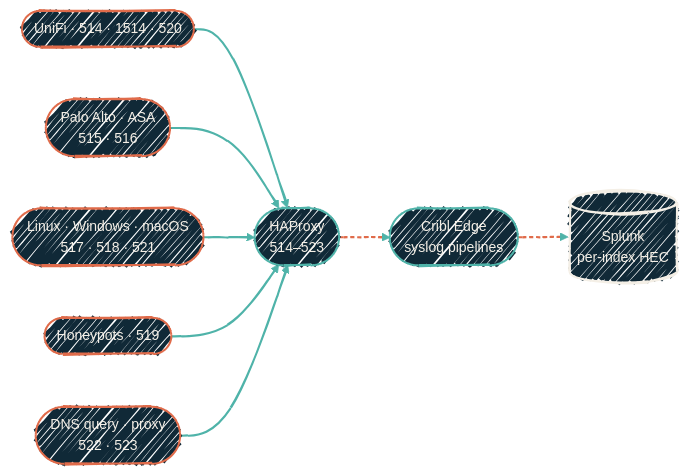
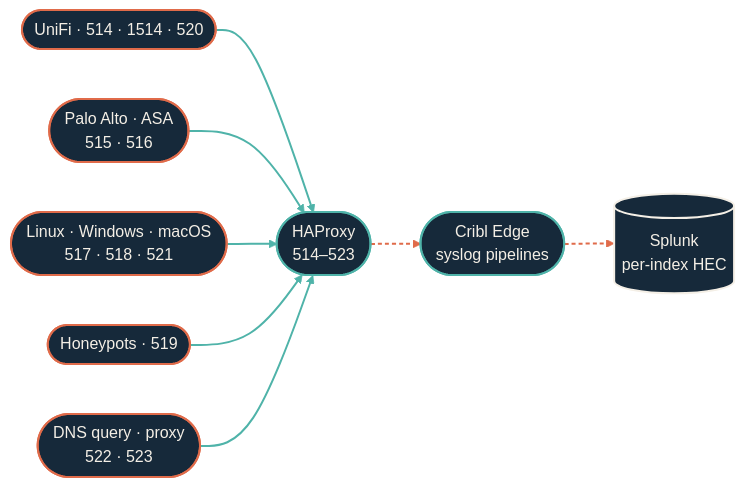
One commit to dryvist/docs changed the second of 8 diagrams in observability/pipeline-flows.mdx. Above: the diagram before and after it, drawn with Mermaid. The commit also changed other lines of this file and 116 other files, not shown here.

````diff
--- a/observability/pipeline-flows.mdx
+++ b/observability/pipeline-flows.mdx
@@ -85,35 +87,38 @@
 ```mermaid
-%%{init:
-  {'theme':'base','look':'handDrawn','themeVariables':{'fontFamily':'Geist','fontSize':'14px','primaryColor':'#102937','primaryTextColor':'#F4EFE6','primaryBorderColor':'#4FB3A9','lineColor':'#4FB3A9','secondaryColor':'#0B1D2A','tertiaryColor':'#1A2A38','clusterBkg':'rgba(79,179,169,0.08)','clusterBorder':'#4FB3A9'}}}%%
-  flowchart LR
+%%{init: {"theme":"base","look":"handDrawn","themeVariables":{"primaryColor":"#123a36","primaryTextColor":"#f4efe6","primaryBorderColor":"#4fb3a9","lineColor":"#4fb3a9","secondaryColor":"#0b1d2a","tertiaryColor":"#16293a","clusterBkg":"#08151f","clusterBorder":"#4fb3a9","fontFamily":"'Geist Sans', system-ui, -apple-system, BlinkMacSystemFont, 'Segoe UI', Roboto, sans-serif","fontSize":"14px"}}}%%
+flowchart LR
+  classDef src fill:#16293a,stroke:#e06b4a,stroke-width:2px,color:#f4efe6;
+  classDef ai fill:#16293a,stroke:#e06b4a,stroke-width:2px,color:#f4efe6;
+  classDef gate fill:#16293a,stroke:#e06b4a,stroke-width:2.5px,color:#f4efe6;
+  classDef hop fill:#16293a,stroke:#4fb3a9,stroke-width:2px,color:#f4efe6;
+  classDef host fill:#16293a,stroke:#4fb3a9,stroke-width:2px,color:#f4efe6;
+  classDef sink fill:#16293a,stroke:#f4efe6,stroke-width:2px,color:#f4efe6;
+  classDef auto fill:#16293a,stroke:#f4efe6,stroke-width:1.5px,color:#f4efe6;
+  classDef external fill:#16293a,stroke:#e6b35a,stroke-width:2px,color:#f4efe6;
   U([UniFi · 514 · 1514 · 520])
   FW([Palo Alto · ASA<br/>515 · 516])
   OS([Linux · Windows · macOS<br/>517 · 518 · 521])
   HP([Honeypots · 519])
   DQ([DNS query · proxy<br/>522 · 523])
 
   HAP([HAProxy<br/>514–523])
   Edge([Cribl Edge<br/>syslog pipelines])
   SP[(Splunk<br/>per-index HEC)]
 
   U --> HAP
   FW --> HAP
   OS --> HAP
   HP --> HAP
   DQ --> HAP
   HAP --> Edge
   Edge --> SP
 
-  classDef src  fill:#102937,stroke:#E06B4A,stroke-width:2px,color:#F4EFE6;
-  classDef hop  fill:#102937,stroke:#4FB3A9,stroke-width:2px,color:#F4EFE6;
-  classDef sink fill:#102937,stroke:#F4EFE6,stroke-width:2px,color:#F4EFE6;
-
   class U,FW,OS,HP,DQ src
   class HAP,Edge hop
   class SP sink
 
   click SP "/observability/repos/ansible-splunk" "Splunk install + indexes"
 
   linkStyle 0,1,2,3,4 stroke:#4FB3A9,stroke-width:2px;
   linkStyle 5,6 stroke:#E06B4A,stroke-width:2px,stroke-dasharray:4 3;
 ```
````
